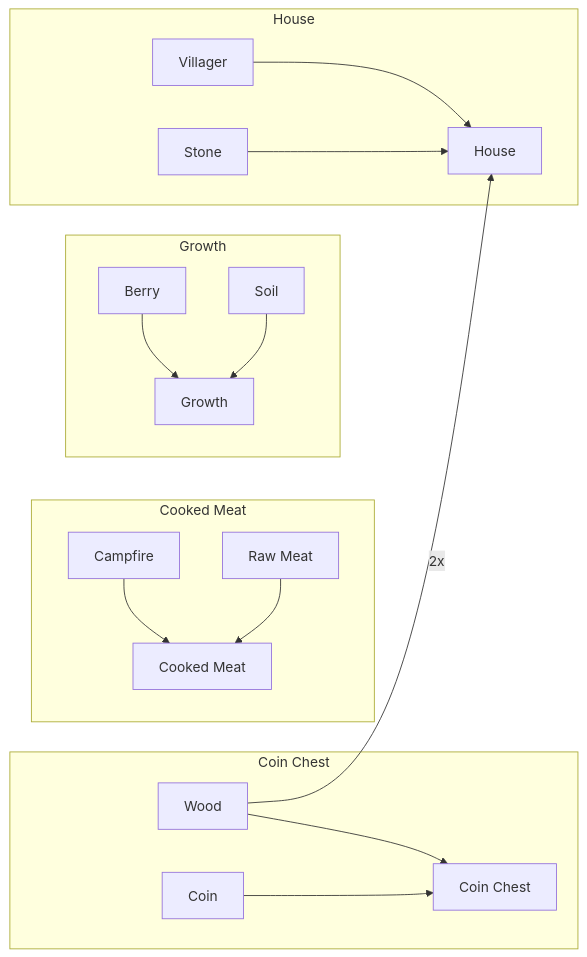
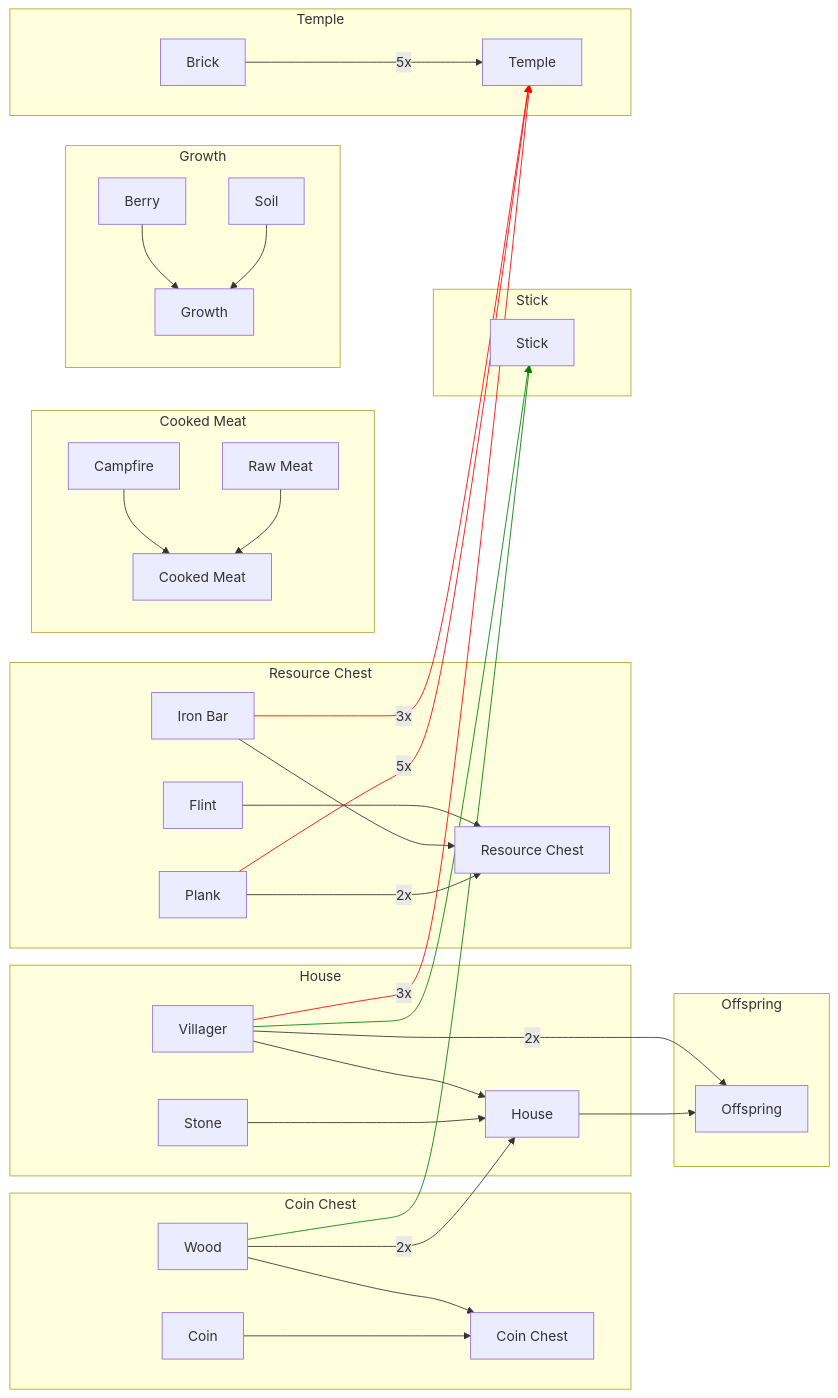
One commit to res0nat0r/stacklands changed the diagram in README.md. Above: the diagram before and after it, drawn with Mermaid.

````diff
--- a/README.md
+++ b/README.md
@@ -3,36 +3,62 @@
 ```mermaid
 %%{
 init: {
 "flowchart":{
 "useMaxWidth": 0
 }
 }
 }%%
 
-graph LR
+flowchart LR
+
 
 subgraph Coin Chest
 coin[Coin] --> coin_chest[Coin Chest]
 wood[Wood] --> coin_chest
 end
 
 subgraph Cooked Meat
 campfire[Campfire] --> cooked_meat[Cooked Meat]
 raw_meat[Raw Meat] --> cooked_meat
 end
 
 subgraph Growth
 berry[Berry] --> growth[Growth]
 soil[Soil] --> growth
 end
 
 subgraph House
 wood -->|2x| house[House]
 stone[Stone] --> house
 villager[Villager] --> house
 end 
 
+%% fix
+subgraph Offspring
+house --> offspring[Offspring]
+villager[Villager] -->|2x| offspring
+end
+
+subgraph Resource Chest
+plank[Plank] -->|2x| resource_chest[Resource Chest]
+iron_bar[Iron Bar] --> resource_chest
+flint[Flint] --> resource_chest
+end
+
+subgraph Stick
+wood --> stick[Stick]
+villager --> stick
+end
+
+subgraph Temple
+plank -->|5x| temple[Temple]
+brick[Brick] -->|5x| temple
+iron_bar -->|3x| temple
+villager -->|3x| temple
+end
 
 
+linkStyle 16,18,19 stroke:red;
+linkStyle 14,15 stroke:green;
 
 ```
````
